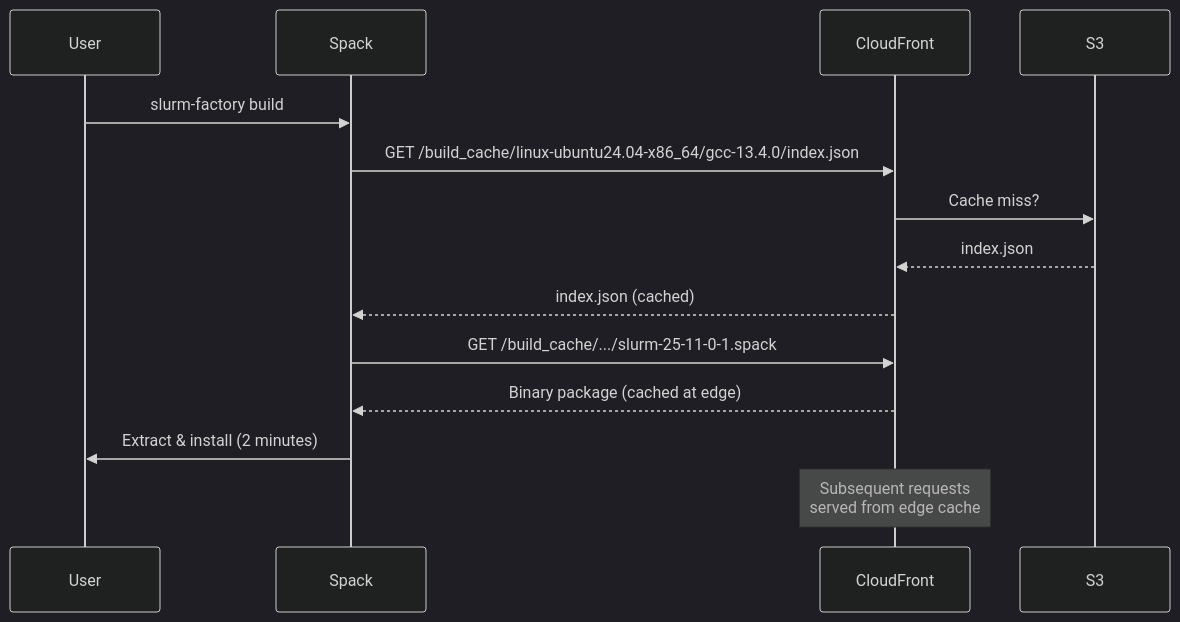
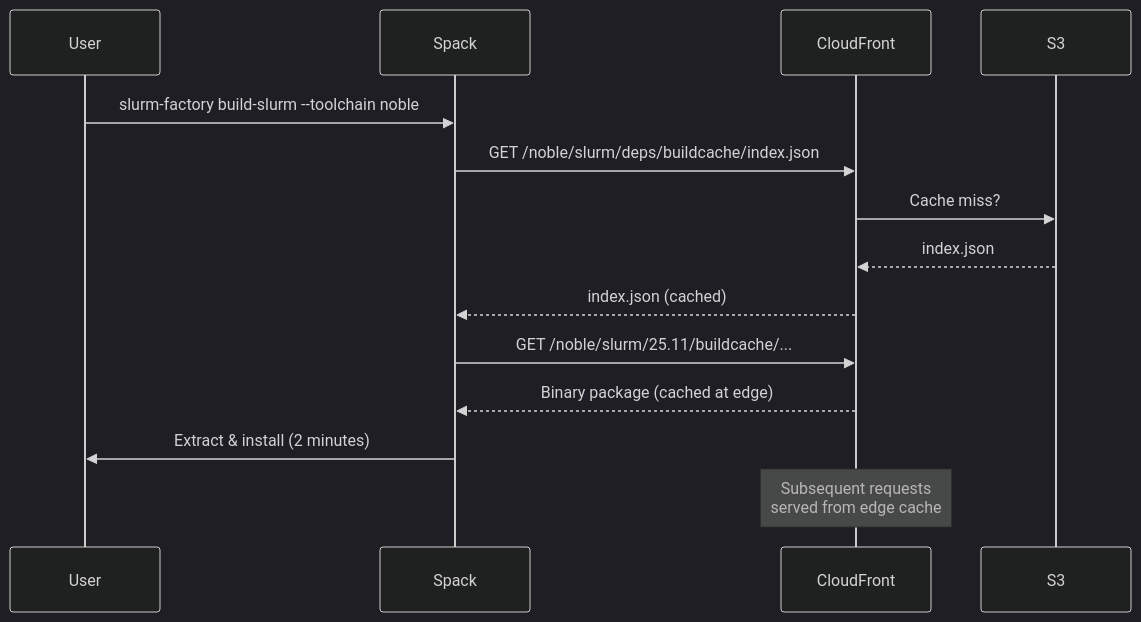
The third of 3 diagrams in docusaurus/docs/optimization.md (vantagecompute/slurm-factory), drawn with Mermaid (dark theme) before and after one commit. The commit also changed other lines of this file and 68 other files, not shown here.

````diff
--- a/docusaurus/docs/optimization.md
+++ b/docusaurus/docs/optimization.md
@@ -236,20 +203,20 @@
 ```mermaid
 sequenceDiagram
     participant User
     participant Spack
     participant CloudFront
     participant S3
     
-    User->>Spack: slurm-factory build
-    Spack->>CloudFront: GET /build_cache/linux-ubuntu24.04-x86_64/gcc-13.4.0/index.json
+    User->>Spack: slurm-factory build-slurm --toolchain noble
+    Spack->>CloudFront: GET /noble/slurm/deps/buildcache/index.json
     CloudFront->>S3: Cache miss?
     S3-->>CloudFront: index.json
     CloudFront-->>Spack: index.json (cached)
     
-    Spack->>CloudFront: GET /build_cache/.../slurm-25-11-0-1.spack
+    Spack->>CloudFront: GET /noble/slurm/25.11/buildcache/...
     CloudFront-->>Spack: Binary package (cached at edge)
     
     Spack->>User: Extract & install (2 minutes)
     
     Note over CloudFront: Subsequent requests<br/>served from edge cache
 ```
````
